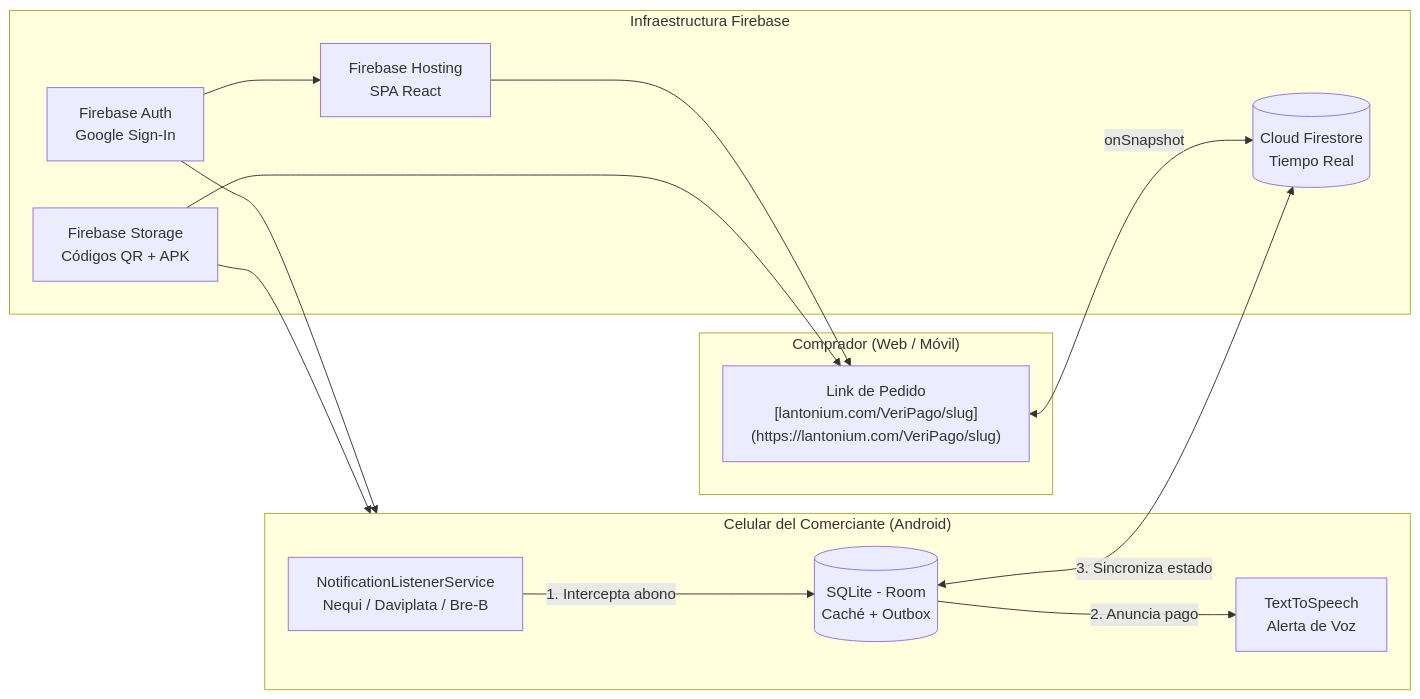
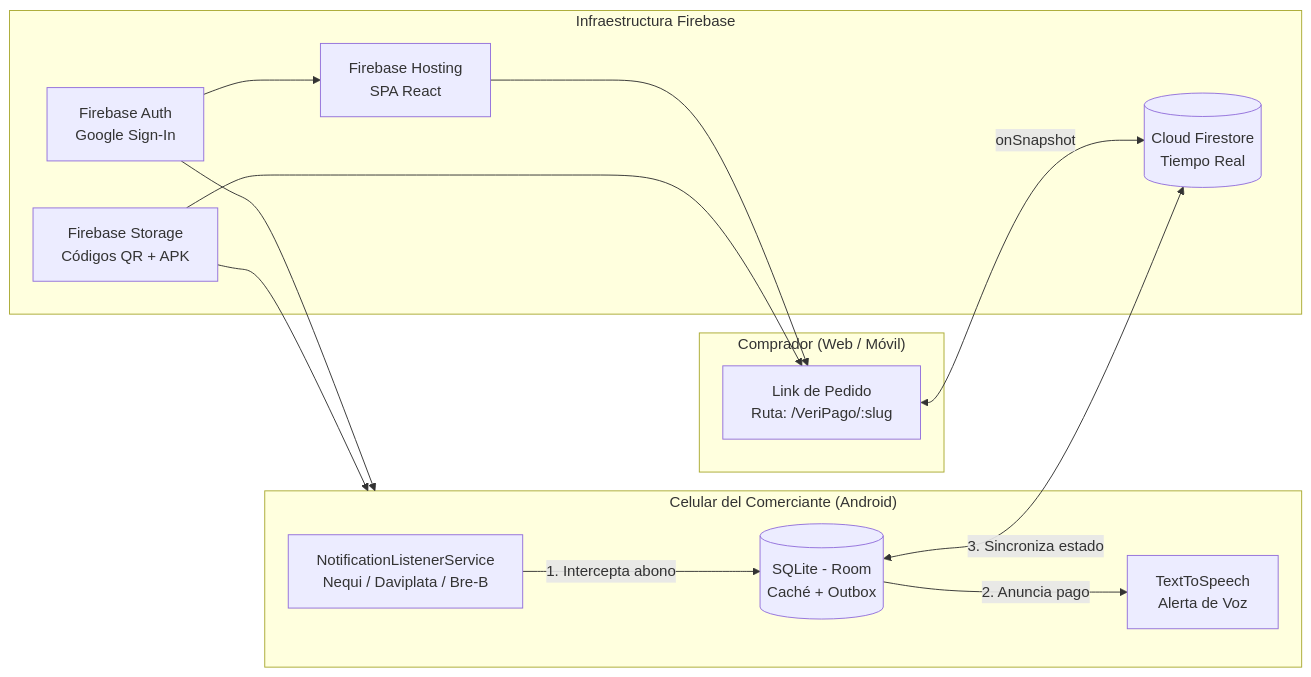
The diagram in README.md (lgonzalh/veripago), drawn with Mermaid before and after one commit.

Commit message:
Update link description in README.md

````diff
--- a/README.md
+++ b/README.md
@@ -30,29 +30,29 @@
 ```mermaid
 flowchart LR
     subgraph Cliente["Comprador (Web / Móvil)"]
-        W["Link de Pedido<br/>[lantonium.com/VeriPago/slug](https://lantonium.com/VeriPago/slug)"]
+        W["Link de Pedido<br/>Ruta: /VeriPago/:slug"]
     end
 
     subgraph Firebase["Infraestructura Firebase"]
         AUTH["Firebase Auth<br/>Google Sign-In"]
         FS[("Cloud Firestore<br/>Tiempo Real")]
         ST["Firebase Storage<br/>Códigos QR + APK"]
         HOST["Firebase Hosting<br/>SPA React"]
     end
 
     subgraph Android["Celular del Comerciante (Android)"]
         NL["NotificationListenerService<br/>Nequi / Daviplata / Bre-B"]
         SQL[("SQLite - Room<br/>Caché + Outbox")]
         TTS["TextToSpeech<br/>Alerta de Voz"]
     end
 
     W <-->|"onSnapshot"| FS
     HOST --> W
     NL -->|"1. Intercepta abono"| SQL
     SQL -->|"2. Anuncia pago"| TTS
     SQL <-->|"3. Sincroniza estado"| FS
     AUTH --> HOST
     AUTH --> Android
     ST --> W
     ST --> Android
 ```
````
